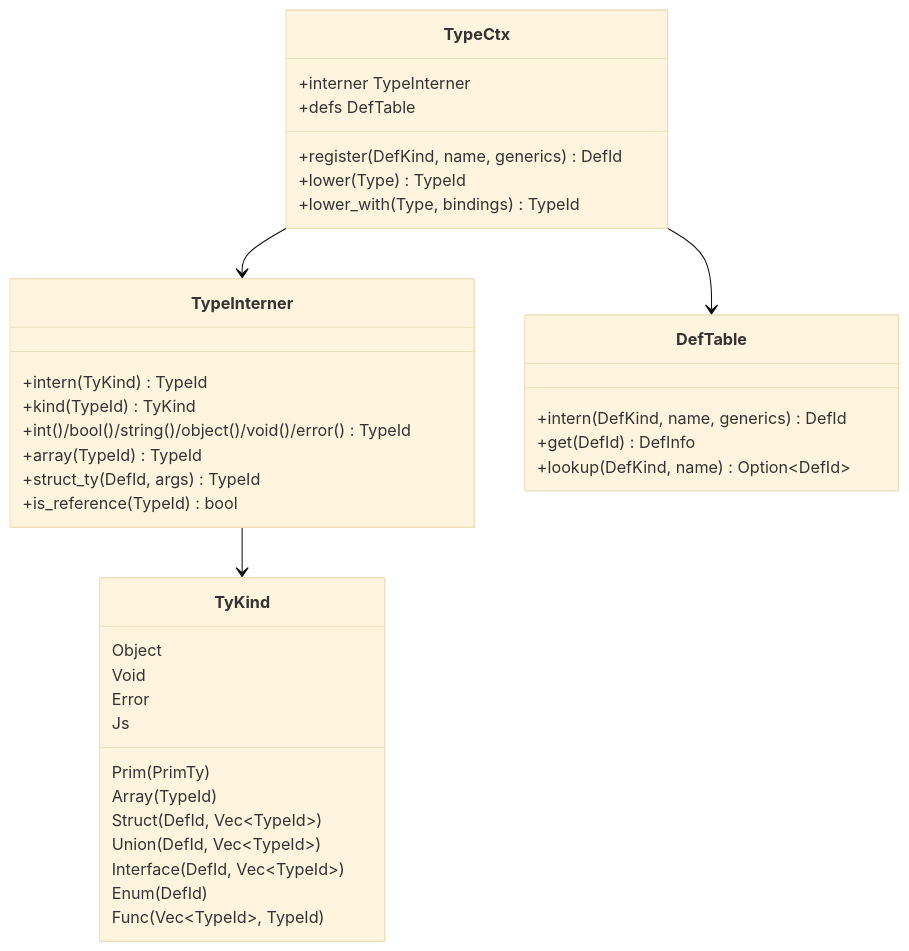
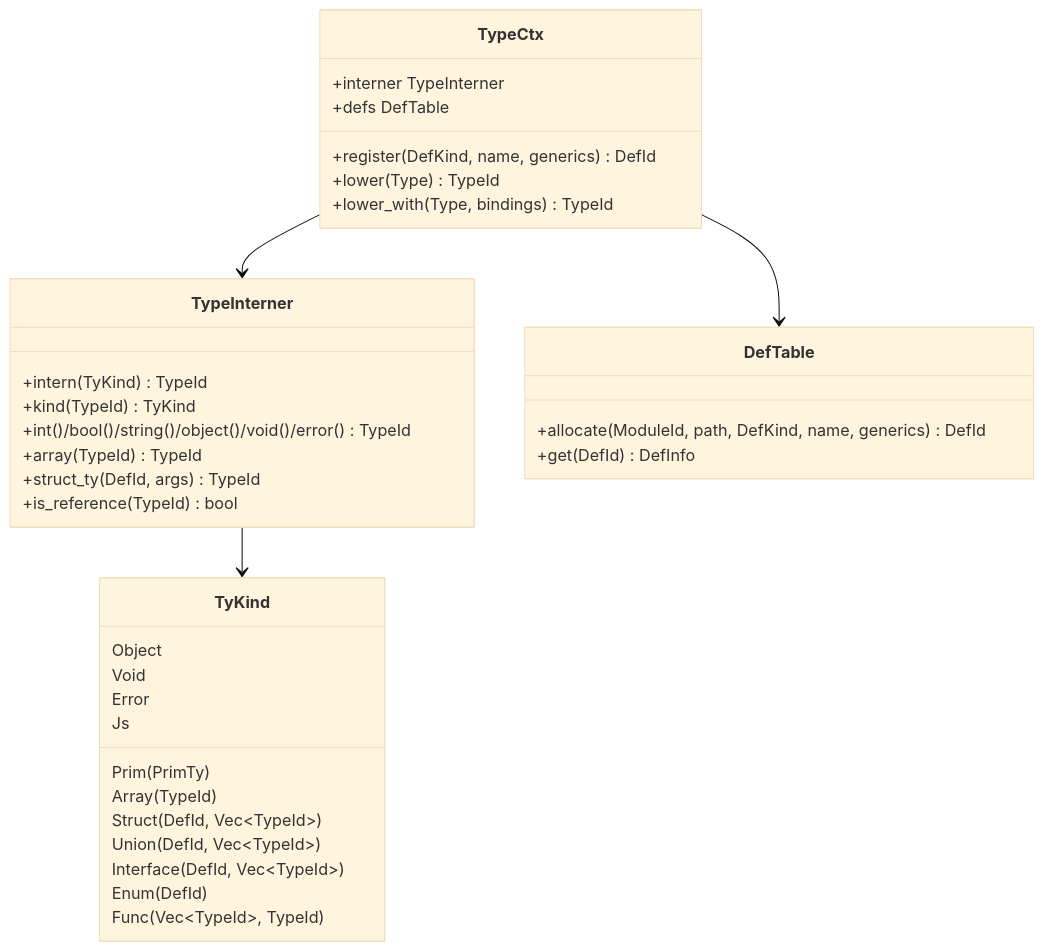
The diagram in docs/internals/02-type-system.md (sps014/dream), drawn with Mermaid (base theme) before and after one commit. The commit also changed other lines of this file and 130 other files, not shown here.

````diff
--- a/docs/internals/02-type-system.md
+++ b/docs/internals/02-type-system.md
@@ -20,39 +20,38 @@
 ```mermaid
 classDiagram
     class TypeInterner {
         +intern(TyKind) TypeId
         +kind(TypeId) TyKind
         +int()/bool()/string()/object()/void()/error() TypeId
         +array(TypeId) TypeId
         +struct_ty(DefId, args) TypeId
         +is_reference(TypeId) bool
     }
     class TyKind {
         Prim(PrimTy)
         Object
         Void
         Error
         Array(TypeId)
         Struct(DefId, Vec~TypeId~)
         Union(DefId, Vec~TypeId~)
         Interface(DefId, Vec~TypeId~)
         Enum(DefId)
         Func(Vec~TypeId~, TypeId)
         Js
     }
     class DefTable {
-        +intern(DefKind, name, generics) DefId
+        +allocate(ModuleId, path, DefKind, name, generics) DefId
         +get(DefId) DefInfo
-        +lookup(DefKind, name) Option~DefId~
     }
     class TypeCtx {
         +interner TypeInterner
         +defs DefTable
         +register(DefKind, name, generics) DefId
         +lower(Type) TypeId
         +lower_with(Type, bindings) TypeId
     }
     TypeCtx --> TypeInterner
     TypeCtx --> DefTable
     TypeInterner --> TyKind
 ```
````
